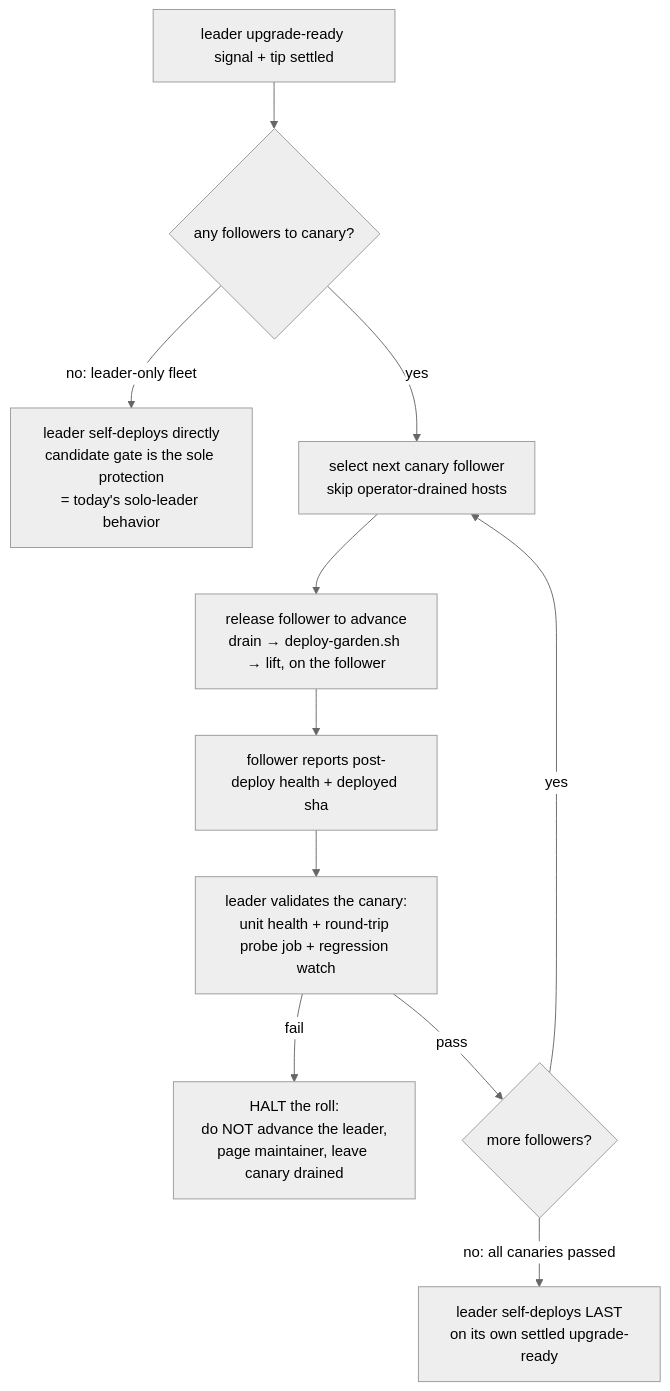
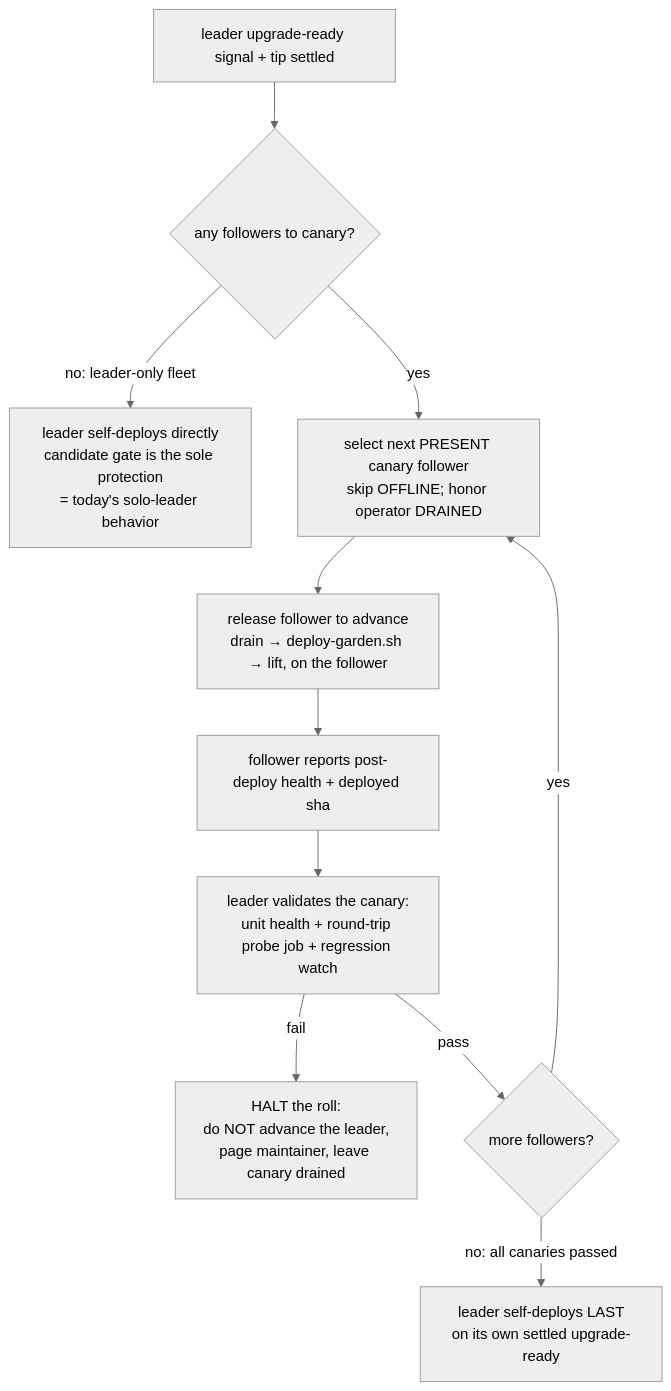
One commit to kriscendobot/garden changed the diagram in designs/follower-self-deploy.md. Above: the diagram before and after it, drawn with Mermaid (neutral theme). The commit also changed other lines of this file and 3 other files, not shown here.

First line of the commit message:
fix(rolling-deploy): skip offline peers

````diff
--- a/designs/follower-self-deploy.md
+++ b/designs/follower-self-deploy.md
@@ -87,13 +87,13 @@
 ```mermaid
 flowchart TD
   A[leader upgrade-ready signal + tip settled] --> B{any followers to canary?}
   B -- no: leader-only fleet --> L[leader self-deploys directly<br/>candidate gate is the sole protection<br/>= today's solo-leader behavior]
-  B -- yes --> C[select next canary follower<br/>skip operator-drained hosts]
+  B -- yes --> C[select next PRESENT canary follower<br/>skip OFFLINE; honor operator DRAINED]
   C --> D[release follower to advance<br/>drain → deploy-garden.sh → lift, on the follower]
   D --> E[follower reports post-deploy health + deployed sha]
   E --> F[leader validates the canary:<br/>unit health + round-trip probe job + regression watch]
   F -- fail --> H[HALT the roll:<br/>do NOT advance the leader,<br/>page maintainer, leave canary drained]
   F -- pass --> G{more followers?}
   G -- yes --> C
   G -- no: all canaries passed --> K[leader self-deploys LAST<br/>on its own settled upgrade-ready]
 ```
````
